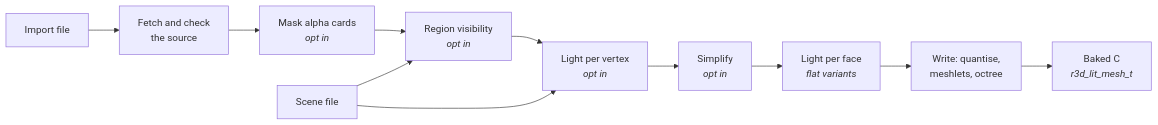
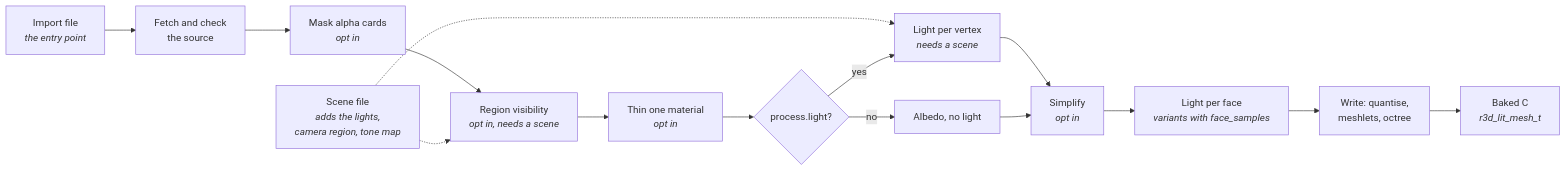
Before and after one commit to jose-villegas/autana: the first of 2 diagrams in docs/Mesh-Import.md, drawn with Mermaid. The commit also changed other lines of this file and 7 other files, not shown here.

Commit message:
r3d: scene-dependent predicate, reserved placement keys, standalone imports, stricter schema

````diff
--- a/docs/Mesh-Import.md
+++ b/docs/Mesh-Import.md
@@ -7,13 +7,17 @@
 ```mermaid
 flowchart LR
-    Import[Import file] --> Fetch["Fetch and check<br/>the source"]
+    Import["Import file<br/><i>the entry point</i>"] --> Fetch["Fetch and check<br/>the source"]
     Fetch --> Mask["Mask alpha cards<br/><i>opt in</i>"]
-    Mask --> Vis["Region visibility<br/><i>opt in</i>"]
-    Scene[Scene file] --> Vis
-    Vis --> Light["Light per vertex<br/><i>opt in</i>"]
-    Scene --> Light
-    Light --> Simp["Simplify<br/><i>opt in</i>"]
-    Simp --> Face["Light per face<br/><i>flat variants</i>"]
+    Mask --> Vis["Region visibility<br/><i>opt in, needs a scene</i>"]
+    Vis --> Thin["Thin one material<br/><i>opt in</i>"]
+    Thin --> Colour{"process.light?"}
+    Scene["Scene file<br/><i>adds the lights,<br/>camera region, tone map</i>"] -.-> Vis
+    Scene -.-> Lit
+    Colour -- yes --> Lit["Light per vertex<br/><i>needs a scene</i>"]
+    Colour -- no --> Albedo["Albedo, no light"]
+    Lit --> Simp["Simplify<br/><i>opt in</i>"]
+    Albedo --> Simp
+    Simp --> Face["Light per face<br/><i>variants with face_samples</i>"]
     Face --> Write["Write: quantise,<br/>meshlets, octree"]
     Write --> C["Baked C<br/><i>r3d_lit_mesh_t</i>"]
 ```
````
